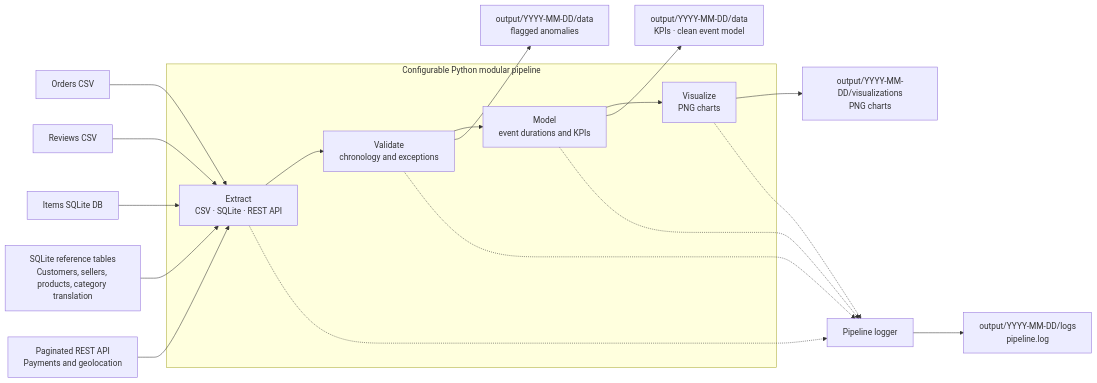
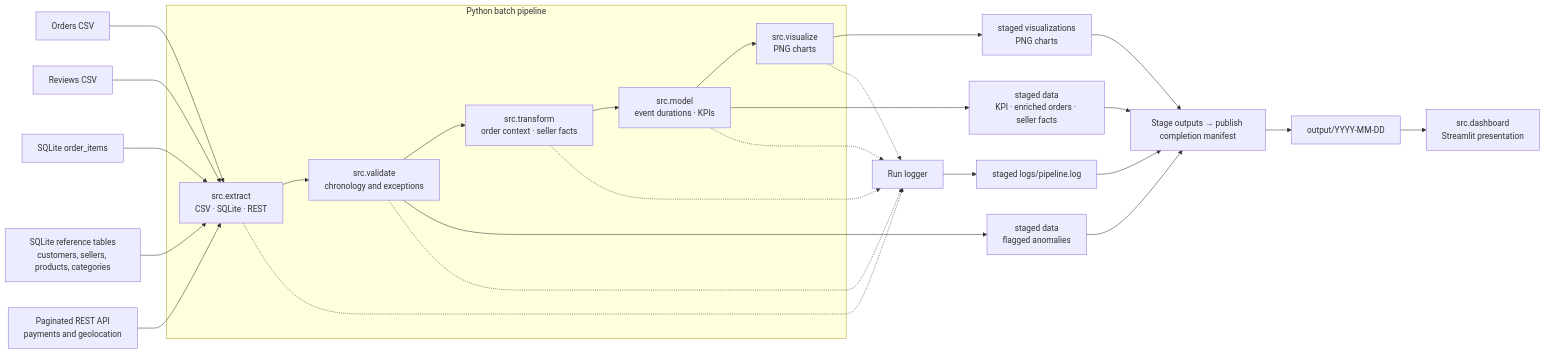
Before and after one commit to MineshShaw/olist-fde-pipeline: the first of 2 diagrams in README.md, drawn with Mermaid. The commit also changed other lines of this file and 32 other files, not shown here.

First line of the commit message:
Implement order enrichment, seller accountability, and run-publication integrity

````diff
--- a/README.md
+++ b/README.md
@@ -115,31 +38,40 @@
 ```mermaid
 flowchart LR
     OrdersCSV["Orders CSV"]
     ReviewsCSV["Reviews CSV"]
-    ItemsDB["Items SQLite DB"]
-    ReferenceDB["SQLite reference tables<br/>Customers, sellers, products, category translation"]
-    RestAPI["Paginated REST API<br/>Payments and geolocation"]
+    ItemsDB["SQLite order_items"]
+    ReferenceDB["SQLite reference tables<br/>customers, sellers, products, categories"]
+    PaginatedAPI["Paginated REST API<br/>payments and geolocation"]
 
-    subgraph Pipeline["Configurable Python modular pipeline"]
-        Extract["Extract<br/>CSV · SQLite · REST API"]
-        Validate["Validate<br/>chronology and exceptions"]
-        Model["Model<br/>event durations and KPIs"]
-        Visualize["Visualize<br/>PNG charts"]
-        Extract --> Validate --> Model --> Visualize
+    subgraph Pipeline["Python batch pipeline"]
+        Extract["src.extract<br/>CSV · SQLite · REST"]
+        Validate["src.validate<br/>chronology and exceptions"]
+        Transform["src.transform<br/>order context · seller facts"]
+        Model["src.model<br/>event durations · KPIs"]
+        Visualize["src.visualize<br/>PNG charts"]
+        Extract --> Validate --> Transform --> Model --> Visualize
     end
 
     OrdersCSV --> Extract
     ReviewsCSV --> Extract
     ItemsDB --> Extract
     ReferenceDB --> Extract
-    RestAPI --> Extract
+    PaginatedAPI --> Extract
 
-    Model --> DataOut["output/YYYY-MM-DD/data<br/>KPIs · clean event model"]
-    Validate --> Anomalies["output/YYYY-MM-DD/data<br/>flagged anomalies"]
-    Visualize --> VizOut["output/YYYY-MM-DD/visualizations<br/>PNG charts"]
-    Extract -.-> Logger["Pipeline logger"]
+    Model --> Data["staged data<br/>KPI · enriched orders · seller facts"]
+    Validate --> Exceptions["staged data<br/>flagged anomalies"]
+    Visualize --> Charts["staged visualizations<br/>PNG charts"]
+    Extract -.-> Logger["Run logger"]
     Validate -.-> Logger
+    Transform -.-> Logger
     Model -.-> Logger
     Visualize -.-> Logger
-    Logger --> LogsOut["output/YYYY-MM-DD/logs<br/>pipeline.log"]
+    Logger --> Logs["staged logs/pipeline.log"]
+    Persist["Stage outputs → publish completion manifest"]
+    Data --> Persist
+    Exceptions --> Persist
+    Charts --> Persist
+    Logs --> Persist
+    Persist --> Partition["output/YYYY-MM-DD"]
+    Partition --> Dashboard["src.dashboard<br/>Streamlit presentation"]
 ```
````
